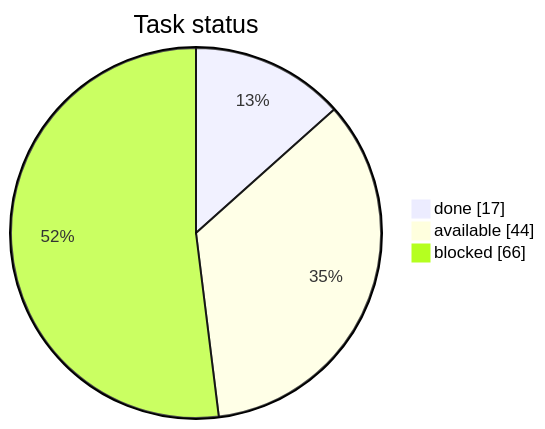
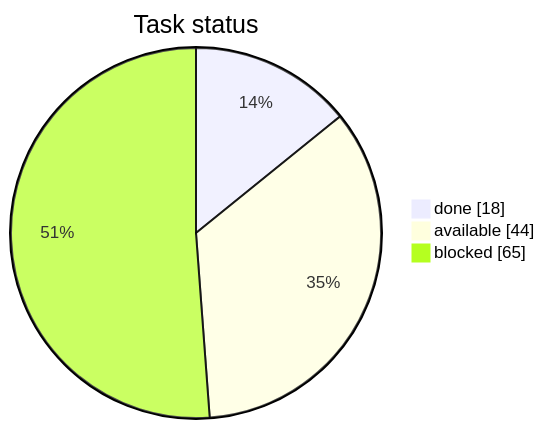
Before and after one commit to artemiiShabanov/RallyRivals: the first of 3 diagrams in STATUS.md, drawn with Mermaid. The commit also changed other lines of this file and 4 other files, not shown here.

````diff
--- a/STATUS.md
+++ b/STATUS.md
@@ -7,7 +7,7 @@
 ```mermaid
 pie showData
     title Task status
-    "done" : 17
+    "done" : 18
     "available" : 44
-    "blocked" : 66
+    "blocked" : 65
 ```
````
